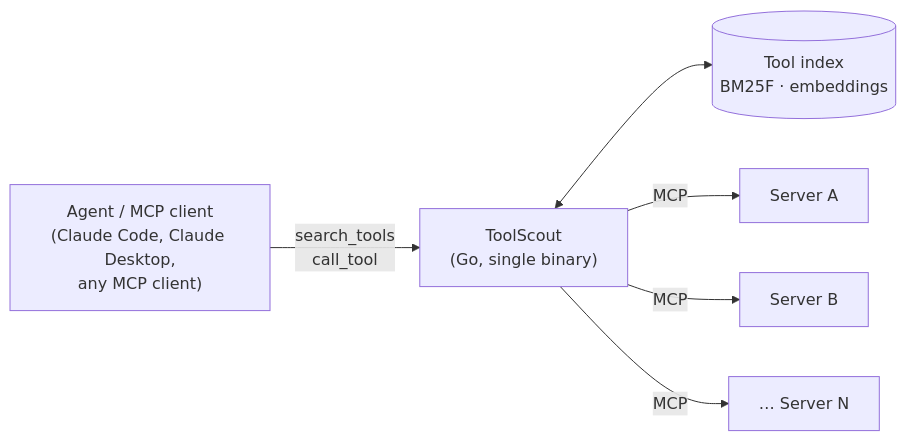
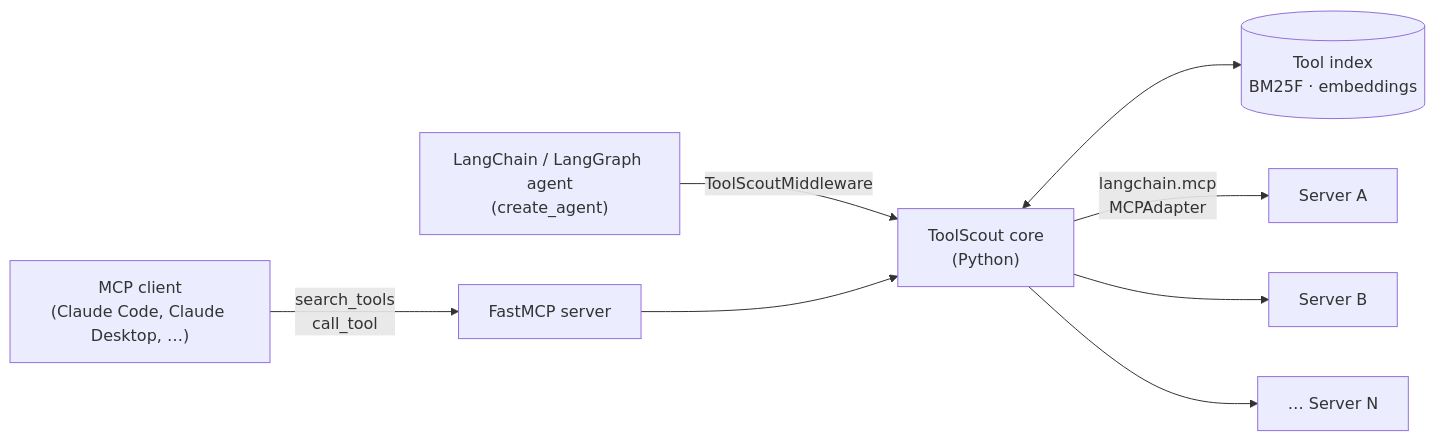
Before and after one commit to axlezhao/ToolScout: the diagram in README.md, drawn with Mermaid. The commit also changed other lines of this file and 5 other files, not shown here.

First line of the commit message:
Re-plan ToolScout on Python, LangChain and LangGraph

````diff
--- a/README.md
+++ b/README.md
@@ -27,8 +30,10 @@
 ```mermaid
 flowchart LR
-    A["Agent / MCP client<br/>(Claude Code, Claude Desktop,<br/>any MCP client)"] -- "search_tools<br/>call_tool" --> T["ToolScout<br/>(Go, single binary)"]
-    T <--> I[("Tool index<br/>BM25F · embeddings")]
-    T -- MCP --> S1["Server A"]
-    T -- MCP --> S2["Server B"]
-    T -- MCP --> S3["… Server N"]
+    A["MCP client<br/>(Claude Code, Claude Desktop, …)"] -- "search_tools<br/>call_tool" --> F["FastMCP server"]
+    L["LangChain / LangGraph agent<br/>(create_agent)"] -- "ToolScoutMiddleware" --> C
+    F --> C["ToolScout core<br/>(Python)"]
+    C <--> I[("Tool index<br/>BM25F · embeddings")]
+    C -- "langchain.mcp<br/>MCPAdapter" --> S1["Server A"]
+    C --> S2["Server B"]
+    C --> S3["… Server N"]
 ```
````
